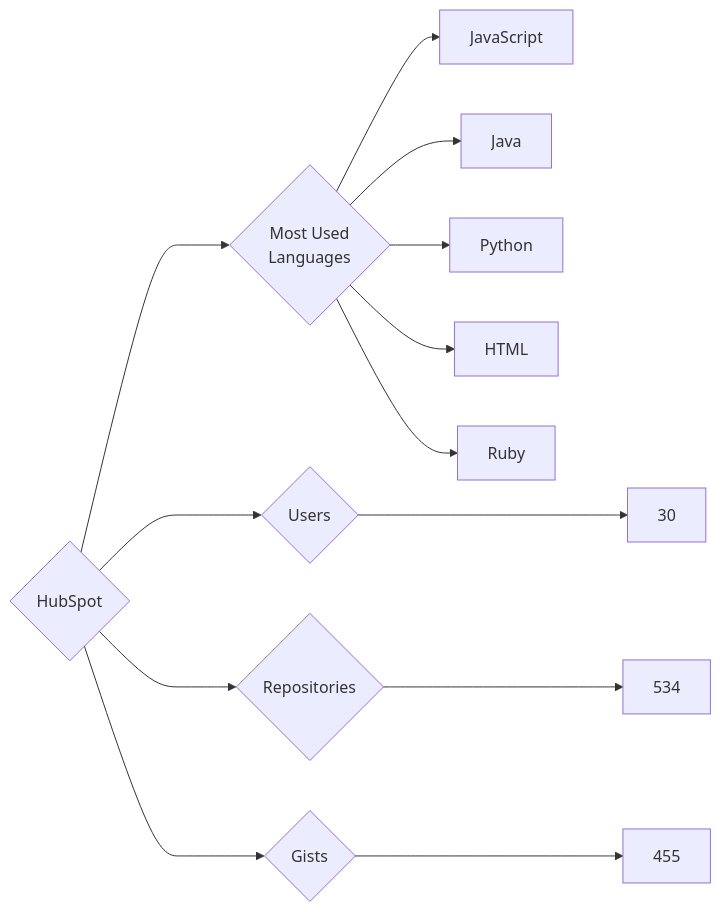
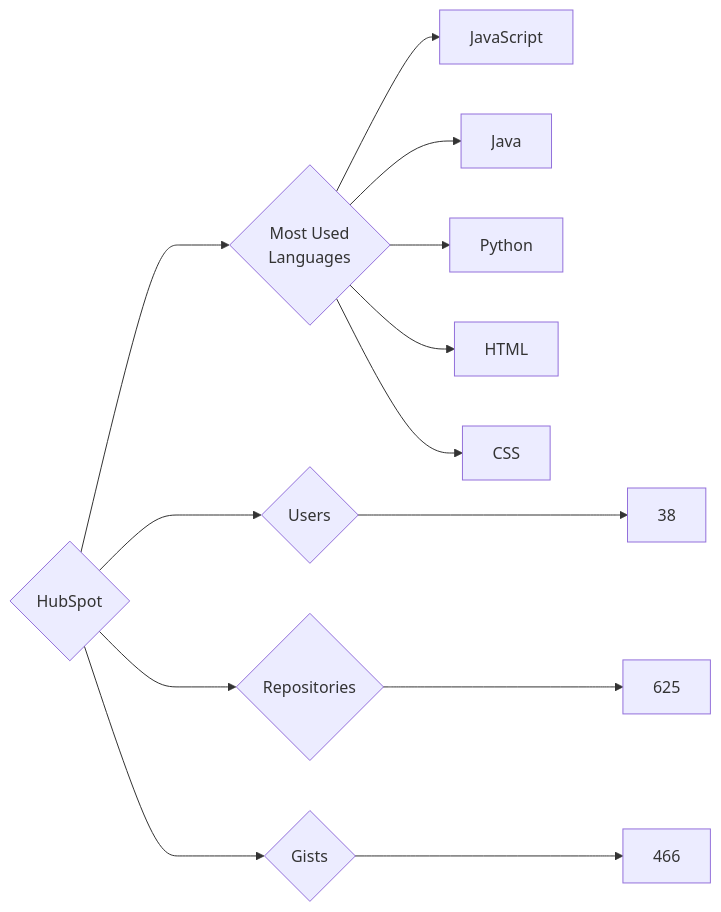
The diagram in targets/HubSpot/README.md (trickest/insiders), drawn with Mermaid before and after one commit. The commit also changed 757 other files, not shown here.

````diff
--- a/targets/HubSpot/README.md
+++ b/targets/HubSpot/README.md
@@ -3,13 +3,13 @@
 ```mermaid
 graph LR
 COMPANY_NAME{HubSpot}
-COMPANY_NAME ---> U{Users} ---> UN[30]
-COMPANY_NAME ---> R{Repositories} ---> RN[534]
-COMPANY_NAME ---> G{Gists} ---> GN[455]
+COMPANY_NAME ---> U{Users} ---> UN[38]
+COMPANY_NAME ---> R{Repositories} ---> RN[625]
+COMPANY_NAME ---> G{Gists} ---> GN[466]
 COMPANY_NAME ---> ML{Most Used<br>Languages}
 ML --> JavaScript[JavaScript]
 ML --> Java[Java]
 ML --> Python[Python]
 ML --> HTML[HTML]
-ML --> Ruby[Ruby]
+ML --> CSS[CSS]
 ```
````
